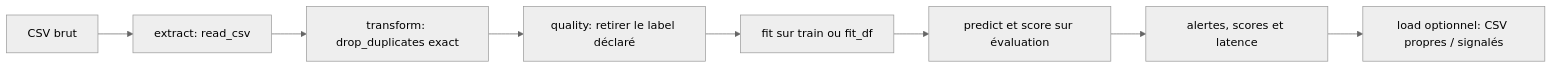
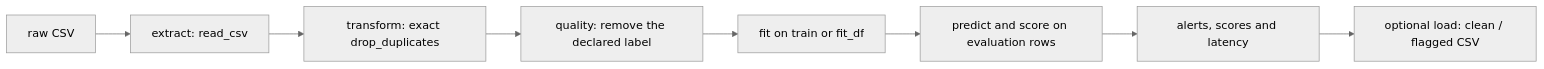
One commit to theobigand/etl-anomaly-benchmark changed the first of 2 diagrams in docs/thesis-remediation/ETL_PATHS_2026-11-07.md. Above: the diagram before and after it, drawn with Mermaid (neutral theme). The commit also changed other lines of this file and 5 other files, not shown here.

````diff
--- a/docs/thesis-remediation/ETL_PATHS_2026-11-07.md
+++ b/docs/thesis-remediation/ETL_PATHS_2026-11-07.md
@@ -7,10 +7,10 @@
 ```mermaid
 flowchart LR
-  A[CSV brut] --> B[extract: read_csv]
-  B --> C[transform: drop_duplicates exact]
-  C --> D[quality: retirer le label déclaré]
-  D --> E[fit sur train ou fit_df]
-  E --> F[predict et score sur évaluation]
-  F --> G[alertes, scores et latence]
-  G --> H[load optionnel: CSV propres / signalés]
+  A[raw CSV] --> B[extract: read_csv]
+  B --> C[transform: exact drop_duplicates]
+  C --> D[quality: remove the declared label]
+  D --> E[fit on train or fit_df]
+  E --> F[predict and score on evaluation rows]
+  F --> G[alerts, scores and latency]
+  G --> H[optional load: clean / flagged CSV]
 ```
````
